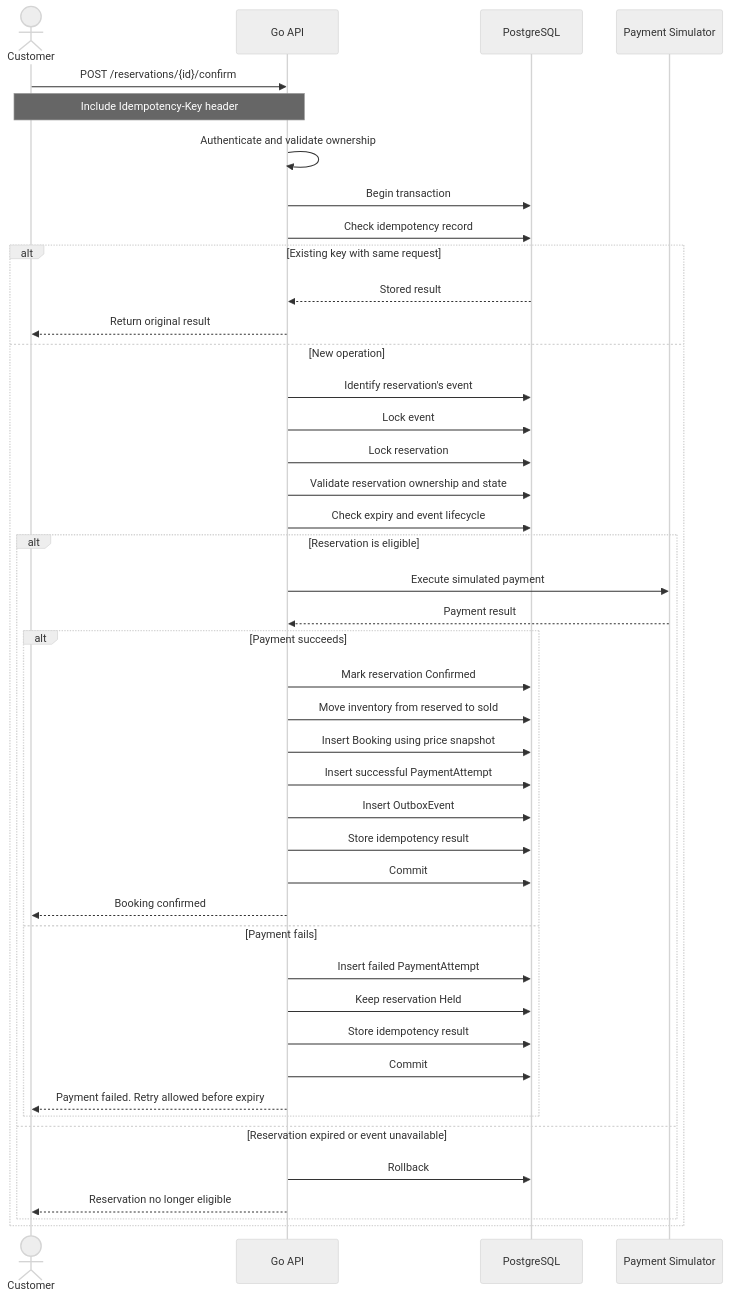
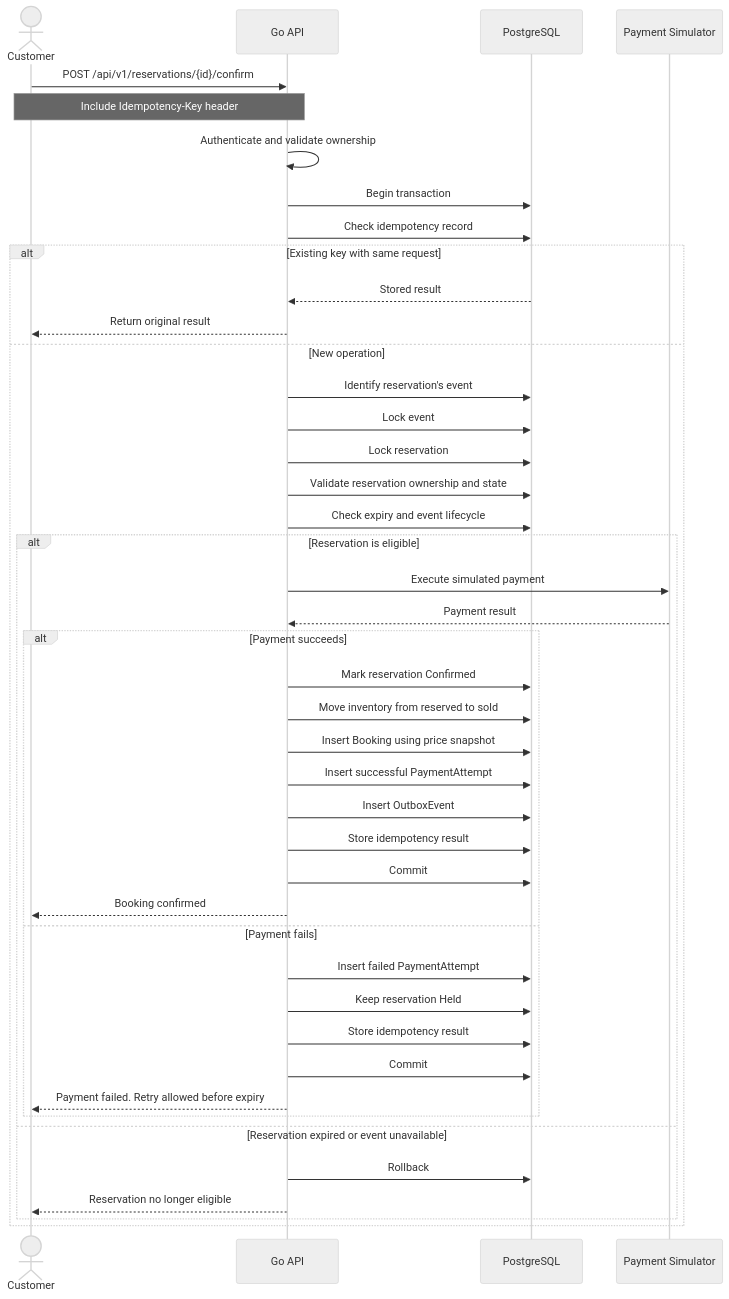
Before and after one commit to Punith1117/ticket-forge: diagram 11 of 15 in docs/sequence-diagrams.md, drawn with Mermaid (neutral theme). The commit also changed other lines of this file and 7 other files, not shown here.

````diff
--- a/docs/sequence-diagrams.md
+++ b/docs/sequence-diagrams.md
@@ -228,56 +412,56 @@
 ```mermaid
 sequenceDiagram
     actor C as Customer
     participant API as Go API
     participant DB as PostgreSQL
     participant Pay as Payment Simulator
 
-    C->>API: POST /reservations/{id}/confirm
+    C->>API: POST /api/v1/reservations/{id}/confirm
     Note over C,API: Include Idempotency-Key header
 
     API->>API: Authenticate and validate ownership
 
     API->>DB: Begin transaction
     API->>DB: Check idempotency record
 
     alt Existing key with same request
         DB-->>API: Stored result
         API-->>C: Return original result
 
     else New operation
         API->>DB: Identify reservation's event
         API->>DB: Lock event
         API->>DB: Lock reservation
         API->>DB: Validate reservation ownership and state
         API->>DB: Check expiry and event lifecycle
 
         alt Reservation is eligible
             API->>Pay: Execute simulated payment
             Pay-->>API: Payment result
 
             alt Payment succeeds
                 API->>DB: Mark reservation Confirmed
                 API->>DB: Move inventory from reserved to sold
                 API->>DB: Insert Booking using price snapshot
                 API->>DB: Insert successful PaymentAttempt
                 API->>DB: Insert OutboxEvent
                 API->>DB: Store idempotency result
                 API->>DB: Commit
 
                 API-->>C: Booking confirmed
 
             else Payment fails
                 API->>DB: Insert failed PaymentAttempt
                 API->>DB: Keep reservation Held
                 API->>DB: Store idempotency result
                 API->>DB: Commit
 
                 API-->>C: Payment failed. Retry allowed before expiry
             end
 
         else Reservation expired or event unavailable
             API->>DB: Rollback
             API-->>C: Reservation no longer eligible
         end
     end
 ```
````
